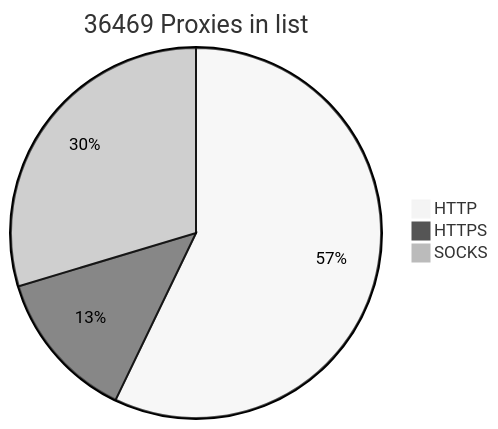
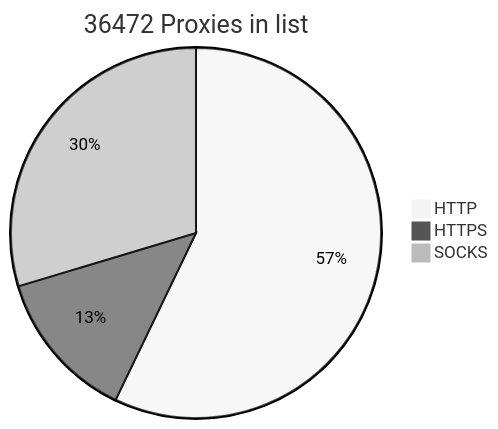
Before and after one commit to BlackSnowDot/proxylist-update-every-minute: the diagram in README.md, drawn with Mermaid (neutral theme).

````diff
--- a/README.md
+++ b/README.md
@@ -2,6 +2,6 @@
 ```mermaid
-pie title 36469 Proxies in list
+pie title 36472 Proxies in list
     "HTTP" : 23149
-    "HTTPS": 5353
+    "HTTPS": 5355
     "SOCKS" : 12007
 ```
````
